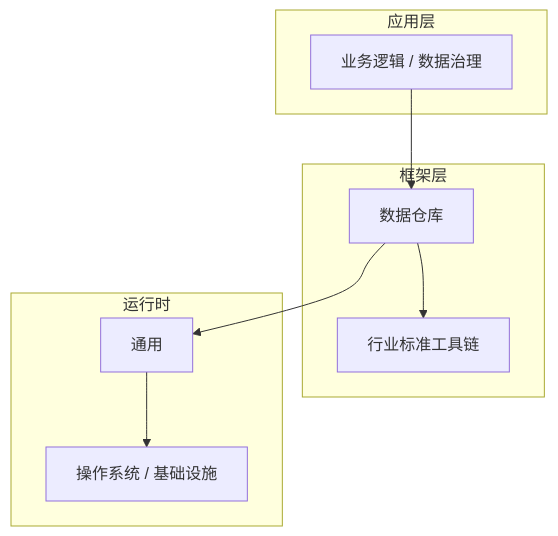
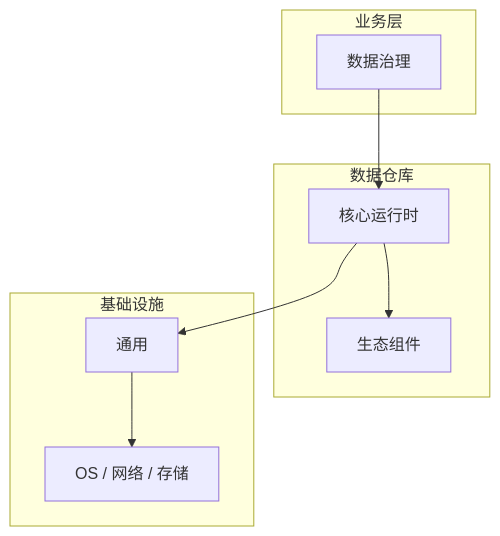
One commit to yanggan2015/knowledge-json-v2 changed the diagram in articles/数据仓库/chapters/051-数据治理核心概念与原理.md. Above: the diagram before and after it, drawn with Mermaid. The commit also changed other lines of this file and 10127 other files, not shown here.

````diff
--- a/articles/数据仓库/chapters/051-数据治理核心概念与原理.md
+++ b/articles/数据仓库/chapters/051-数据治理核心概念与原理.md
@@ -45,18 +34,18 @@
 ```mermaid
 graph TB
-    subgraph 应用层
-        A[业务逻辑 / 数据治理]
+    subgraph 业务层
+        A[数据治理]
     end
-    subgraph 框架层
-        B[数据仓库]
-        C[行业标准工具链]
+    subgraph 数据仓库
+        B[核心运行时]
+        C[生态组件]
     end
-    subgraph 运行时
+    subgraph 基础设施
         D[通用]
-        E[操作系统 / 基础设施]
+        E[OS / 网络 / 存储]
     end
     A --> B
     B --> C
     B --> D
     D --> E
 ```
````
